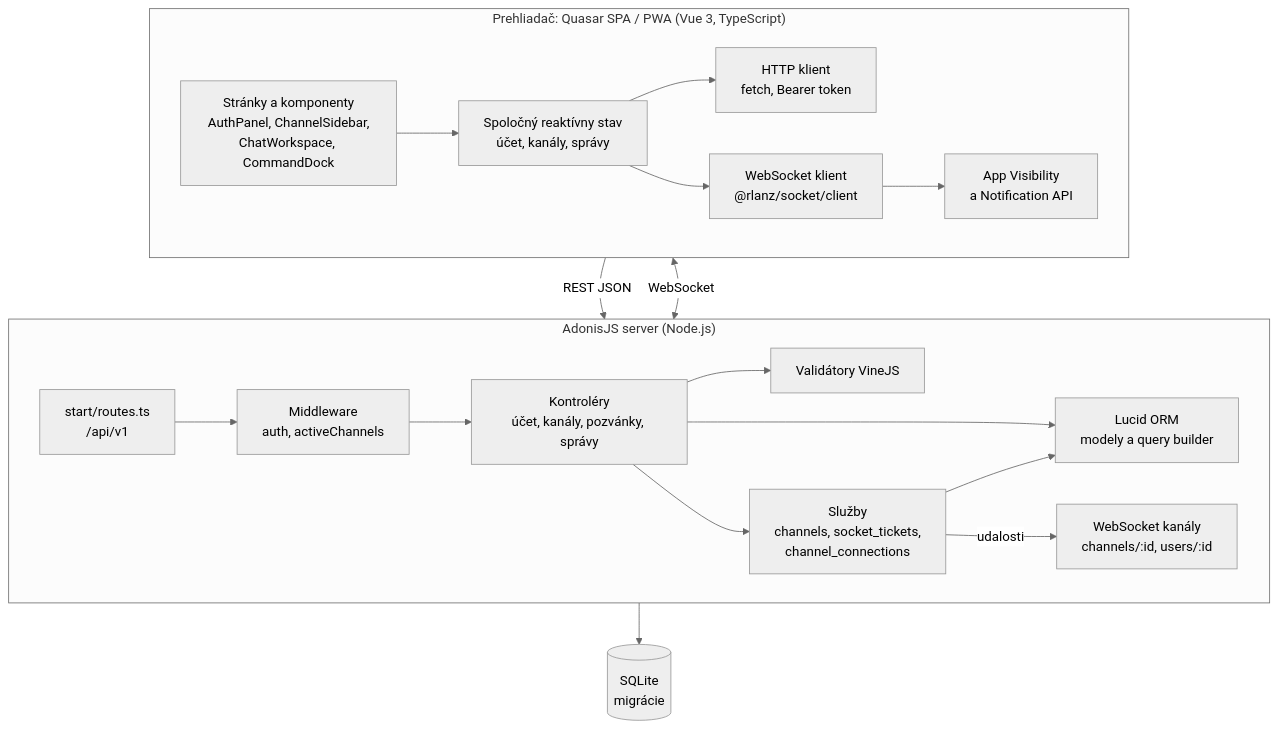
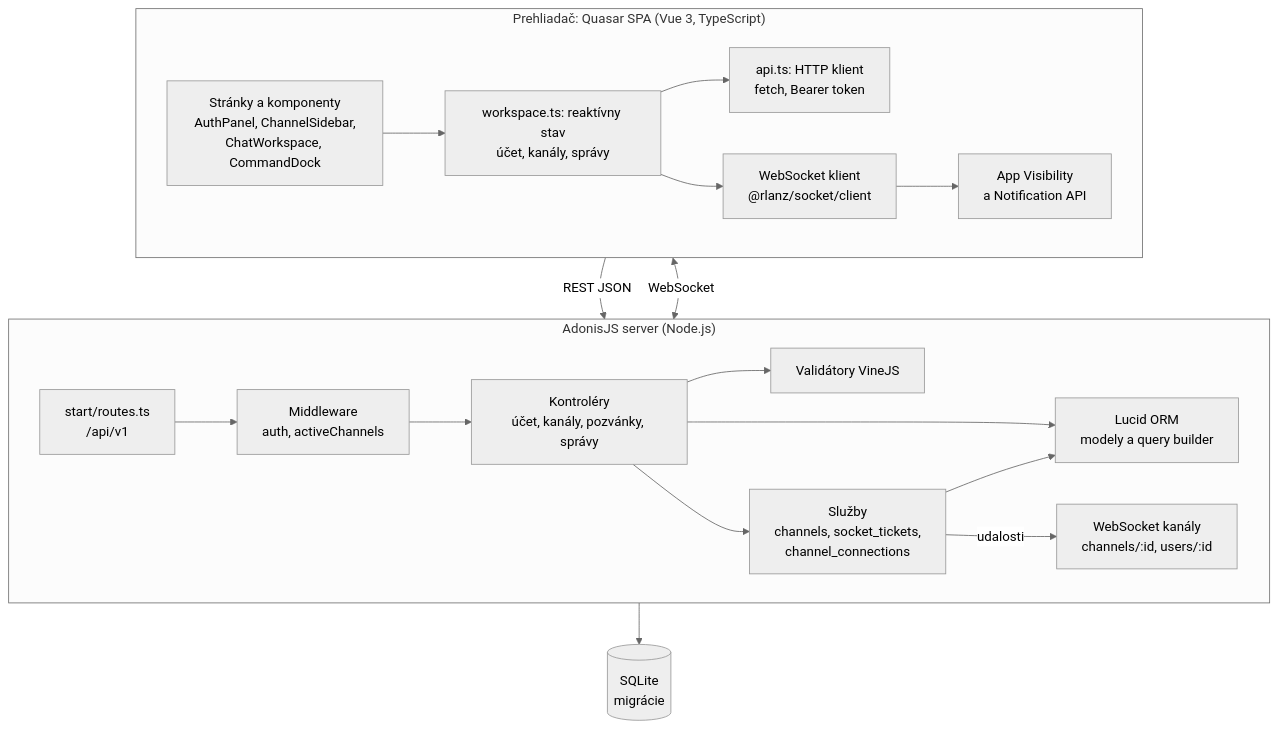
The diagram in docs/dokumentacia/diagramy/architektura.mmd (TomasBubenik1/VPWA-Projekt), drawn with Mermaid before and after one commit. The commit also changed 4 other files, not shown here.

Commit message:
docs: describe client architecture verification and pending PWA scope

```diff
--- a/docs/dokumentacia/diagramy/architektura.mmd
+++ b/docs/dokumentacia/diagramy/architektura.mmd
@@ -1,40 +1,40 @@
 ---
 config:
   theme: neutral
 ---
 flowchart TB
-  subgraph Klient["Prehliadač: Quasar SPA / PWA (Vue 3, TypeScript)"]
+  subgraph Klient["Prehliadač: Quasar SPA (Vue 3, TypeScript)"]
     direction LR
     UI["Stránky a komponenty<br/>AuthPanel, ChannelSidebar,<br/>ChatWorkspace, CommandDock"]
-    State["Spoločný reaktívny stav<br/>účet, kanály, správy"]
-    Http["HTTP klient<br/>fetch, Bearer token"]
+    State["workspace.ts: reaktívny stav<br/>účet, kanály, správy"]
+    Http["api.ts: HTTP klient<br/>fetch, Bearer token"]
     Ws["WebSocket klient<br/>@rlanz/socket/client"]
     Vis["App Visibility<br/>a Notification API"]
     UI --> State
     State --> Http
     State --> Ws
     Ws --> Vis
   end
 
   subgraph Server["AdonisJS server (Node.js)"]
     direction LR
     Routes["start/routes.ts<br/>/api/v1"]
     Mw["Middleware<br/>auth, activeChannels"]
     Ctrl["Kontroléry<br/>účet, kanály, pozvánky, správy"]
     Val["Validátory VineJS"]
     Svc["Služby<br/>channels, socket_tickets,<br/>channel_connections"]
     WsCh["WebSocket kanály<br/>channels/:id, users/:id"]
     Lucid["Lucid ORM<br/>modely a query builder"]
     Routes --> Mw --> Ctrl
     Ctrl --> Val
     Ctrl --> Svc
     Ctrl --> Lucid
     Svc --> Lucid
     Svc -- "udalosti" --> WsCh
   end
 
   DB[("SQLite<br/>migrácie")]
 
   Http -- "REST JSON" --> Routes
   Ws <-- "WebSocket" --> WsCh
   Lucid --> DB
```
